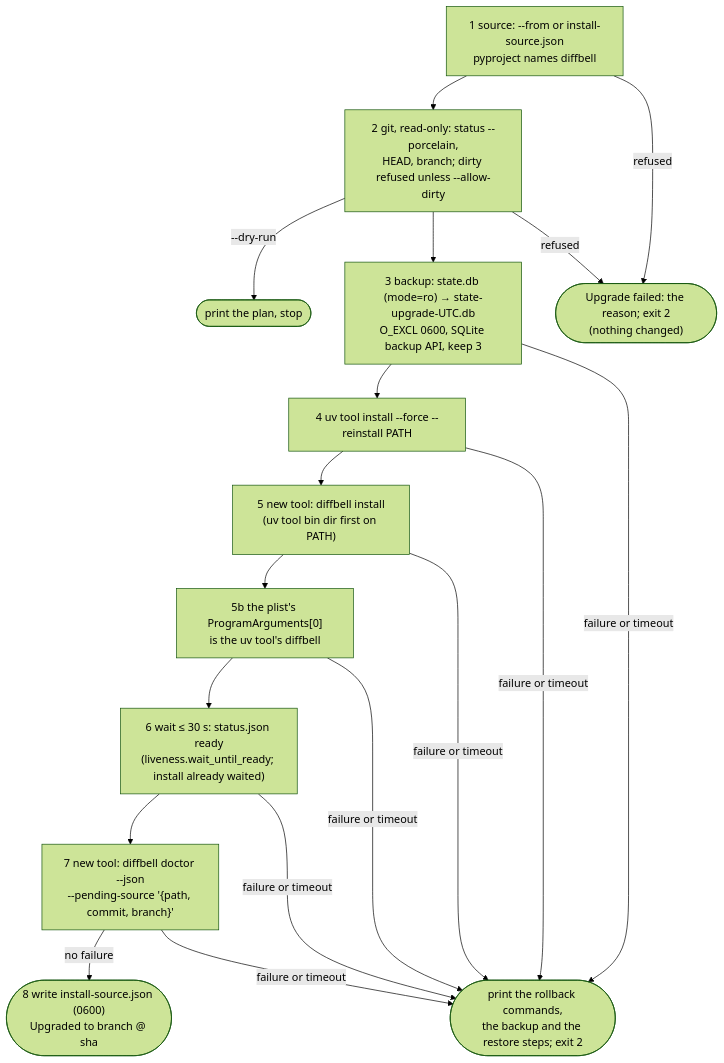
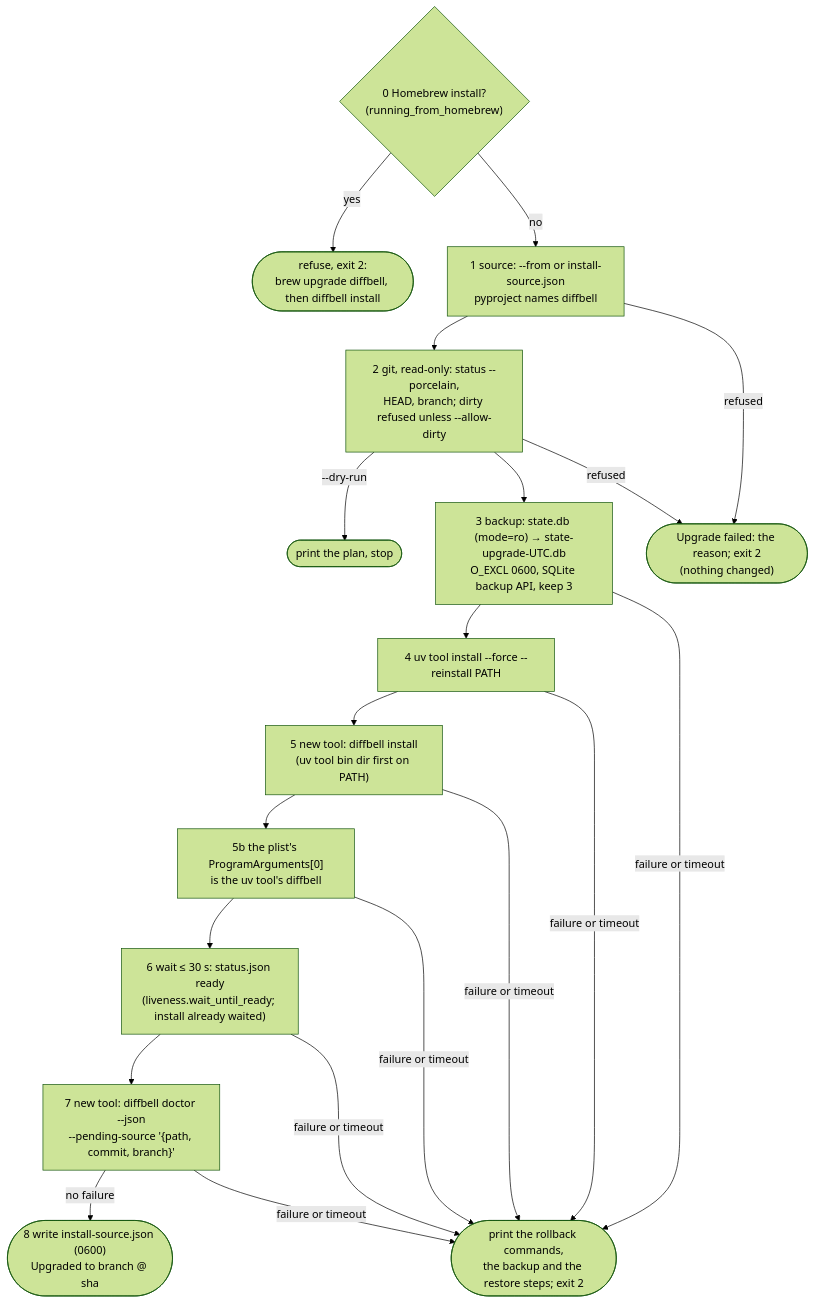
Diagram 19 of 20 in docs/architecture.md (CodeTalks/diffbell), drawn with Mermaid (forest theme) before and after one commit. The commit also changed other lines of this file and 13 other files, not shown here.

````diff
--- a/docs/architecture.md
+++ b/docs/architecture.md
@@ -1402,14 +1403,16 @@
 ```mermaid
 flowchart TD
+    H{"0 Homebrew install?<br/>(running_from_homebrew)"} -->|yes| ZH(["refuse, exit 2:<br/>brew upgrade diffbell, then diffbell install"])
+    H -->|no| A
     A["1 source: --from or install-source.json<br/>pyproject names diffbell"] --> B["2 git, read-only: status --porcelain,<br/>HEAD, branch; dirty refused unless --allow-dirty"]
     B -->|--dry-run| Z0([print the plan, stop])
     B --> C["3 backup: state.db (mode=ro) → state-upgrade-UTC.db<br/>O_EXCL 0600, SQLite backup API, keep 3"]
     C --> D["4 uv tool install --force --reinstall PATH"]
     D --> E["5 new tool: diffbell install<br/>(uv tool bin dir first on PATH)"]
     E --> P["5b the plist's ProgramArguments[0]<br/>is the uv tool's diffbell"]
     P --> F["6 wait ≤ 30 s: status.json ready<br/>(liveness.wait_until_ready; install already waited)"]
     F --> G["7 new tool: diffbell doctor --json<br/>--pending-source '{path, commit, branch}'"]
     G -->|no failure| OK(["8 write install-source.json (0600)<br/>Upgraded to branch @ sha"])
     A & B -->|refused| X(["Upgrade failed: the reason; exit 2<br/>(nothing changed)"])
     C & D & E & P & F & G -->|failure or timeout| R(["print the rollback commands,<br/>the backup and the restore steps; exit 2"])
 ```
````
